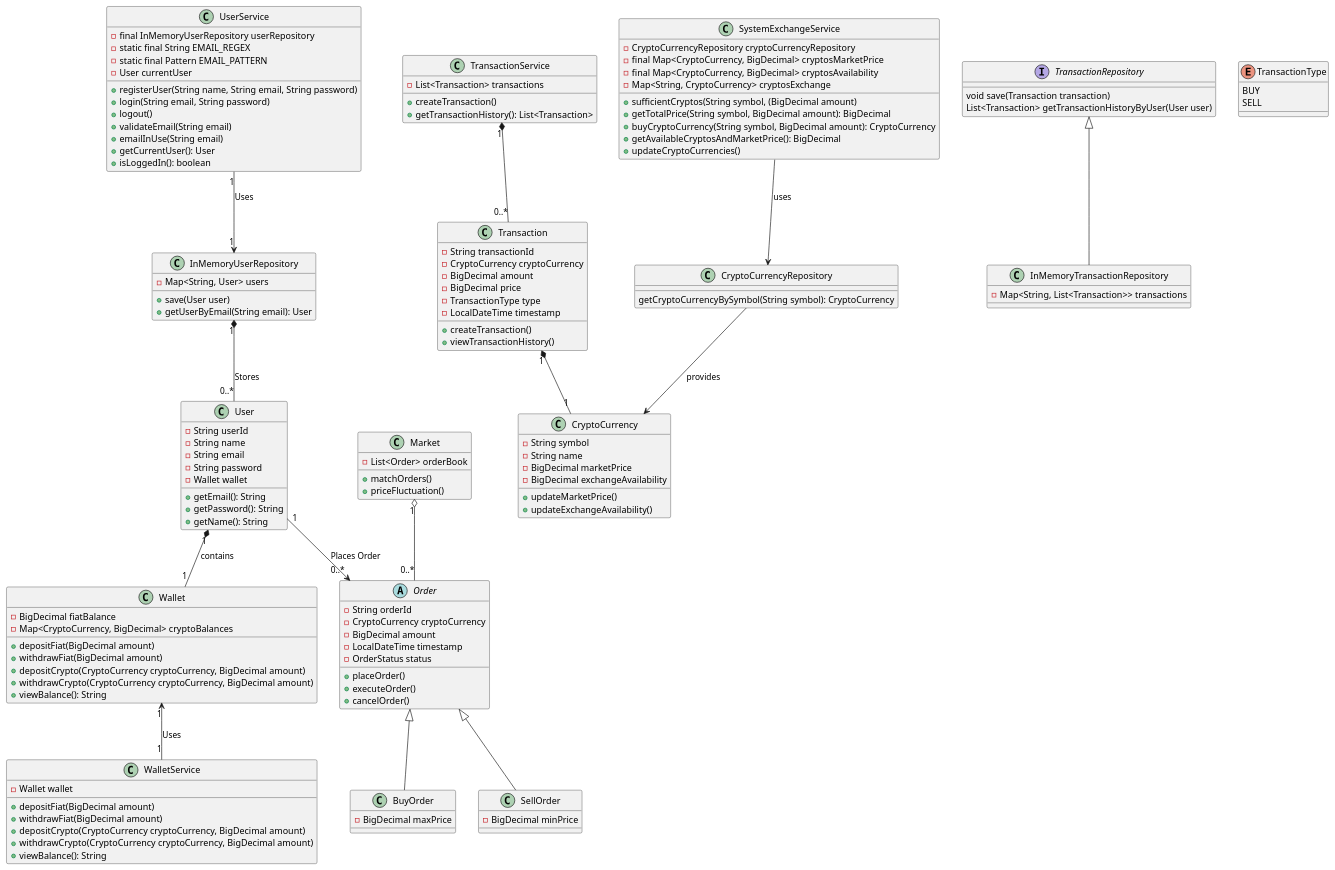
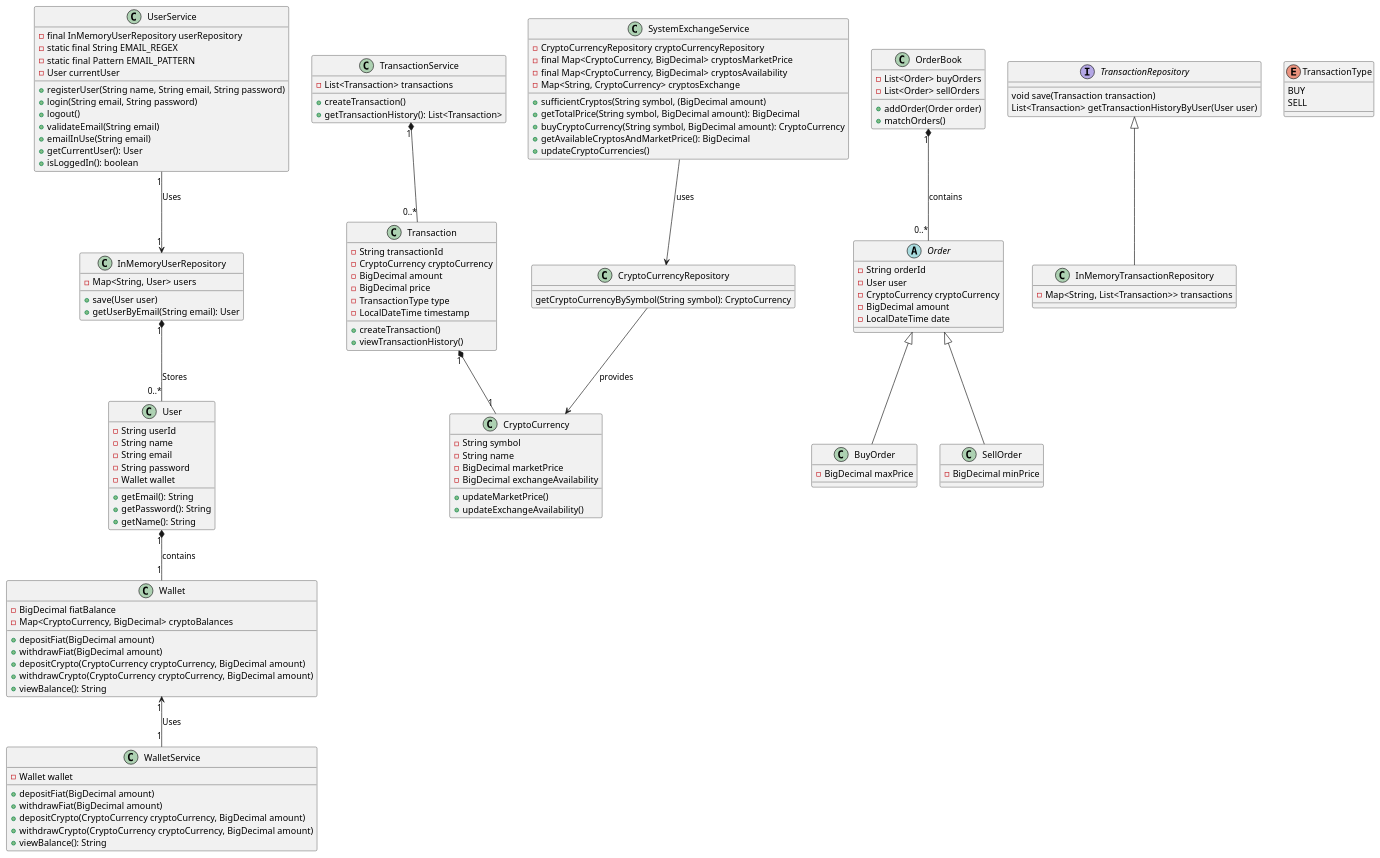
One commit to LeynderS/crypto_exchange_system changed the diagram in diagram/class_diagram.puml. Above: the diagram before and after it, drawn with PlantUML. The commit also changed 17 other files, not shown here.

Commit message:
- Implemented functionality to add buy orders with necessary fund validations. - Used Singleton pattern to ensure the program manages a single OrderBook for all users making buy and sell orders.

```diff
--- a/diagram/class_diagram.puml
+++ b/diagram/class_diagram.puml
@@ -1,158 +1,154 @@
 @startuml
 
 class UserService{
 -final InMemoryUserRepository userRepository
 -static final String EMAIL_REGEX
 -static final Pattern EMAIL_PATTERN
 -User currentUser
 +registerUser(String name, String email, String password)
 +login(String email, String password)
 +logout()
 +validateEmail(String email)
 +emailInUse(String email)
 +getCurrentUser(): User
 +isLoggedIn(): boolean
 }
 
 class InMemoryUserRepository {
   -Map<String, User> users
   +save(User user)
   +getUserByEmail(String email): User
 }
 
 class User {
 -String userId
 -String name
 -String email
 -String password
 -Wallet wallet
 +getEmail(): String
 +getPassword(): String
 +getName(): String
 }
 
 class WalletService{
 -Wallet wallet
 +depositFiat(BigDecimal amount)
 +withdrawFiat(BigDecimal amount)
 +depositCrypto(CryptoCurrency cryptoCurrency, BigDecimal amount)
 +withdrawCrypto(CryptoCurrency cryptoCurrency, BigDecimal amount)
 +viewBalance(): String
 }
 
 class Wallet {
 -BigDecimal fiatBalance
 -Map<CryptoCurrency, BigDecimal> cryptoBalances
 +depositFiat(BigDecimal amount)
 +withdrawFiat(BigDecimal amount)
 +depositCrypto(CryptoCurrency cryptoCurrency, BigDecimal amount)
 +withdrawCrypto(CryptoCurrency cryptoCurrency, BigDecimal amount)
 +viewBalance(): String
 }
 
 class CryptoCurrencyRepository{
 getCryptoCurrencyBySymbol(String symbol): CryptoCurrency
 }
 
 class SystemExchangeService{
 -CryptoCurrencyRepository cryptoCurrencyRepository
 -final Map<CryptoCurrency, BigDecimal> cryptosMarketPrice
 -final Map<CryptoCurrency, BigDecimal> cryptosAvailability
 +sufficientCryptos(String symbol, (BigDecimal amount)
 +getTotalPrice(String symbol, BigDecimal amount): BigDecimal
 +buyCryptoCurrency(String symbol, BigDecimal amount): CryptoCurrency
 +getAvailableCryptosAndMarketPrice(): BigDecimal
 }
 
 abstract class Order {
 -String orderId
+-User user
 -CryptoCurrency cryptoCurrency
 -BigDecimal amount
--LocalDateTime timestamp
--OrderStatus status
-+placeOrder()
-+executeOrder()
-+cancelOrder()
+-LocalDateTime date
 }
 
 class BuyOrder {
 -BigDecimal maxPrice
 }
 
 class SellOrder{
 -BigDecimal minPrice
+}
+
+class OrderBook{
+-List<Order> buyOrders
+-List<Order> sellOrders
++addOrder(Order order)
++matchOrders()
 }
 
 
 interface TransactionRepository {
 void save(Transaction transaction)
 List<Transaction> getTransactionHistoryByUser(User user)
 }
 
 class InMemoryTransactionRepository {
   -Map<String, List<Transaction>> transactions
 }
 
 class Transaction {
 -String transactionId
 -CryptoCurrency cryptoCurrency
 -BigDecimal amount
 -BigDecimal price
 -TransactionType type
 -LocalDateTime timestamp
 +createTransaction()
 +viewTransactionHistory()
 }
 
 class TransactionService {
   -List<Transaction> transactions
   +createTransaction()
   +getTransactionHistory(): List<Transaction>
 }
 
 
 class CryptoCurrency {
 -String symbol
 -String name
 -BigDecimal marketPrice
 -BigDecimal exchangeAvailability
 +updateMarketPrice()
 +updateExchangeAvailability()
 }
 
-
-class Market{
--List<Order> orderBook
-+matchOrders()
-+priceFluctuation()
-}
-
 class SystemExchangeService{
 -Map<String, CryptoCurrency> cryptosExchange
 +updateCryptoCurrencies()
 }
 
 
 enum TransactionType {
 BUY
 SELL
 }
 
 UserService "1" --> "1" InMemoryUserRepository : Uses
 InMemoryUserRepository "1" *-- "0..*" User : Stores
 User "1" *-- "1" Wallet : contains
 Wallet "1" <-- "1" WalletService : Uses
 CryptoCurrencyRepository --> CryptoCurrency : provides
 SystemExchangeService --> CryptoCurrencyRepository : uses
-
-User "1" --> "0..*" Order : Places Order
+Order <|-- BuyOrder
+Order <|-- SellOrder
+OrderBook "1" *-- "0..*" Order : contains
 
 TransactionRepository <|-- InMemoryTransactionRepository
 
 TransactionService "1" *-- "0..*" Transaction
 Transaction "1" *-- "1" CryptoCurrency
-Order <|-- BuyOrder
-Order <|-- SellOrder
-Market "1" o-- "0..*" Order
+
 
 @enduml
```
